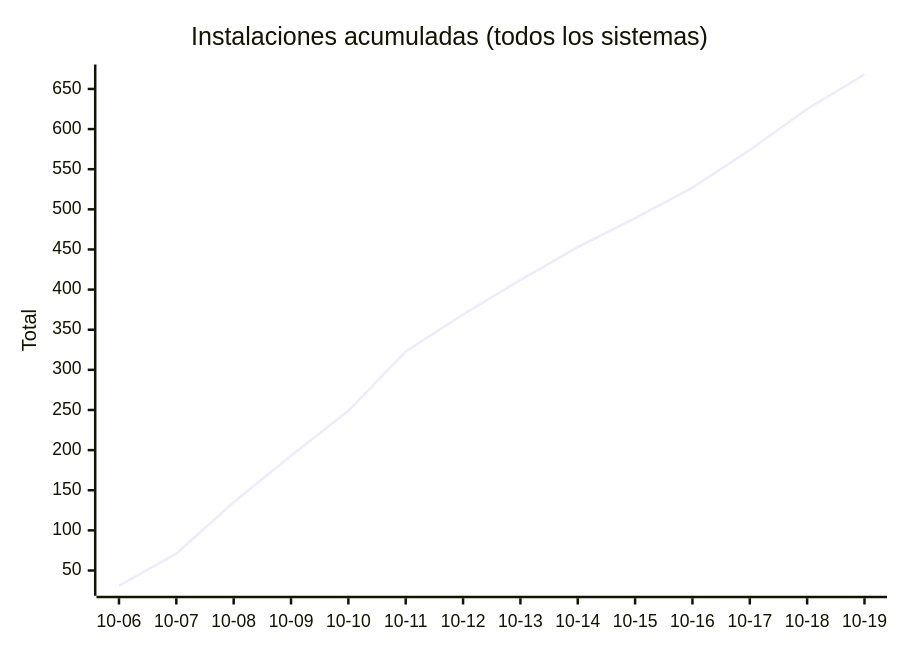
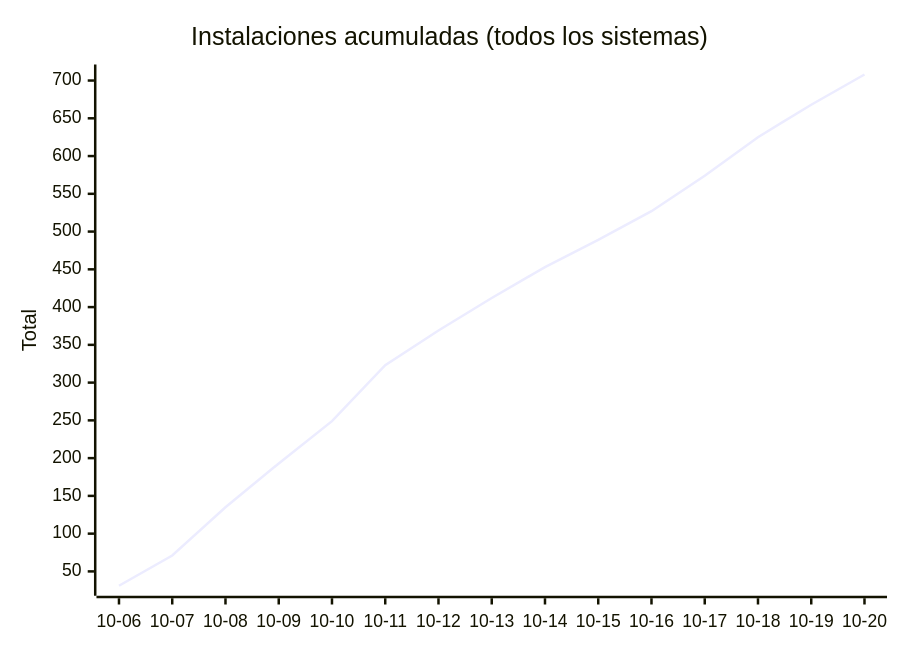
The seventh of 8 diagrams in README.md (EmuDeck/stats), drawn with Mermaid before and after one commit. The commit also changed other lines of this file and 2 other files, not shown here.

````diff
--- a/README.md
+++ b/README.md
@@ -76,7 +76,7 @@
 ```mermaid
 xychart-beta
     title "Instalaciones acumuladas (todos los sistemas)"
-    x-axis ["10-06", "10-07", "10-08", "10-09", "10-10", "10-11", "10-12", "10-13", "10-14", "10-15", "10-16", "10-17", "10-18", "10-19"]
+    x-axis ["10-06", "10-07", "10-08", "10-09", "10-10", "10-11", "10-12", "10-13", "10-14", "10-15", "10-16", "10-17", "10-18", "10-19", "10-20"]
     y-axis "Total"
-    line [31, 71, 135, 193, 249, 323, 369, 412, 453, 489, 527, 574, 625, 668]
+    line [31, 71, 135, 193, 249, 323, 369, 412, 453, 489, 527, 574, 625, 668, 708]
 ```
````
